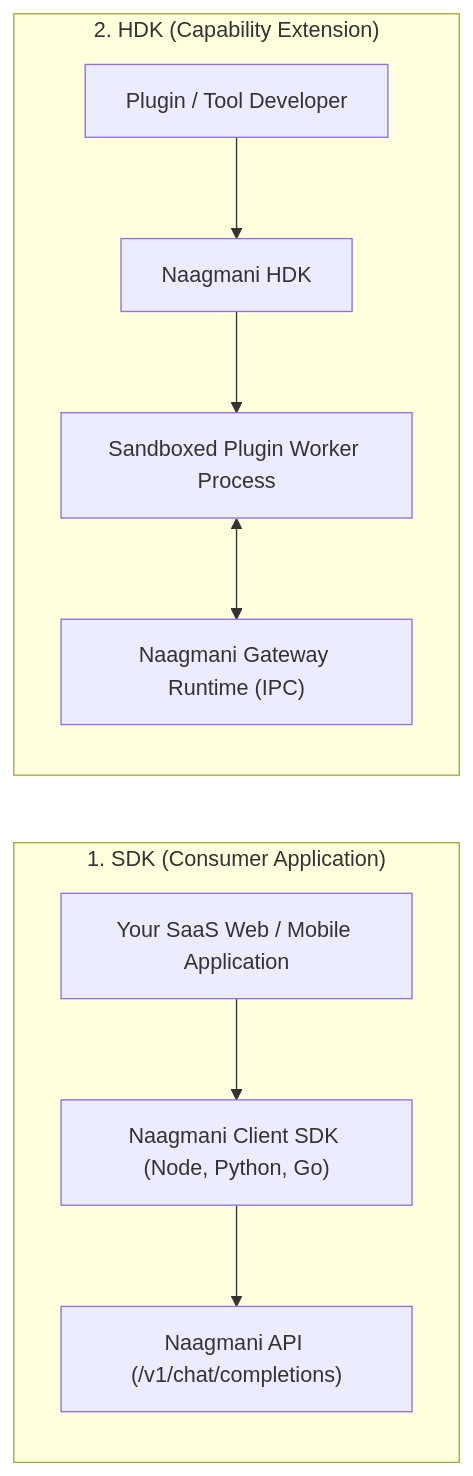
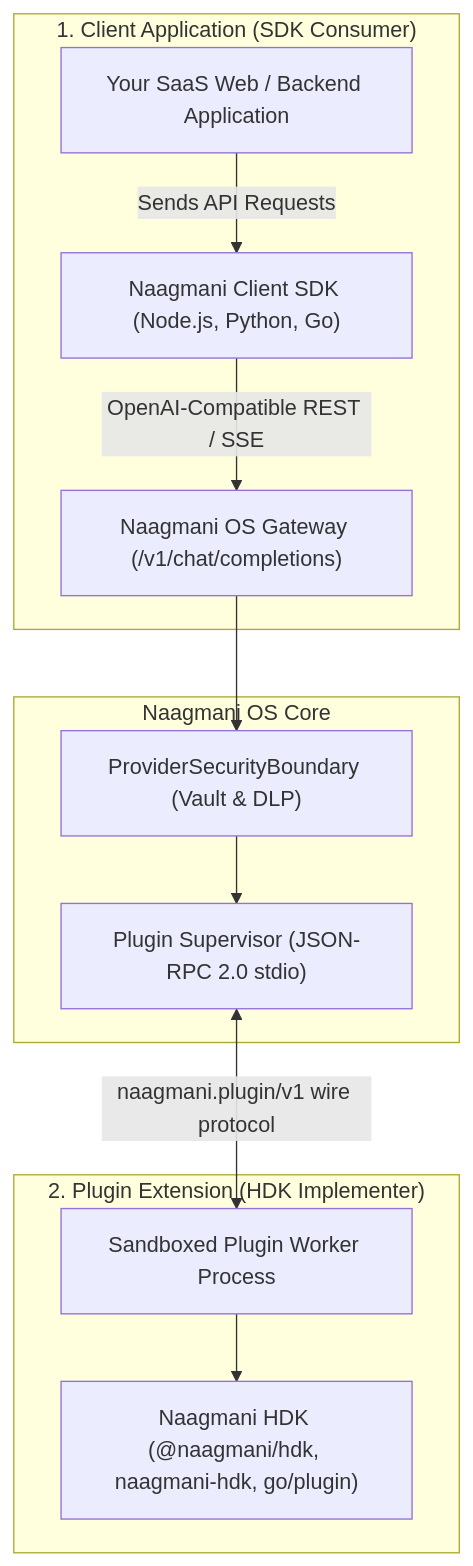
The diagram in docs/build/sdks/overview.md (bhakha-services/naagmani-docs), drawn with Mermaid before and after one commit. The commit also changed other lines of this file and 38 other files, not shown here.

````diff
--- a/docs/build/sdks/overview.md
+++ b/docs/build/sdks/overview.md
@@ -11,13 +11,17 @@
 ```mermaid
-graph LR
-    subgraph SDKFlow["1. SDK (Consumer Application)"]
-        App["Your SaaS Web / Mobile Application"] --> SDK["Naagmani Client SDK (Node, Python, Go)"]
-        SDK --> API["Naagmani API (/v1/chat/completions)"]
+graph TD
+    subgraph SDKFlow["1. Client Application (SDK Consumer)"]
+        App["Your SaaS Web / Backend Application"] -->|Sends API Requests| SDK["Naagmani Client SDK (Node.js, Python, Go)"]
+        SDK -->|OpenAI-Compatible REST / SSE| OS["Naagmani OS Gateway (/v1/chat/completions)"]
     end
 
-    subgraph HDKFlow["2. HDK (Capability Extension)"]
-        Author["Plugin / Tool Developer"] --> HDK["Naagmani HDK"]
-        HDK --> Worker["Sandboxed Plugin Worker Process"]
-        Worker <--> Gateway["Naagmani Gateway Runtime (IPC)"]
+    subgraph OSInternals["Naagmani OS Core"]
+        OS --> PSB["ProviderSecurityBoundary (Vault & DLP)"]
+        PSB --> Sup["Plugin Supervisor (JSON-RPC 2.0 stdio)"]
+    end
+
+    subgraph HDKFlow["2. Plugin Extension (HDK Implementer)"]
+        Sup <-->|naagmani.plugin/v1 wire protocol| Worker["Sandboxed Plugin Worker Process"]
+        Worker --> HDK["Naagmani HDK (@naagmani/hdk, naagmani-hdk, go/plugin)"]
     end
 ```
````
